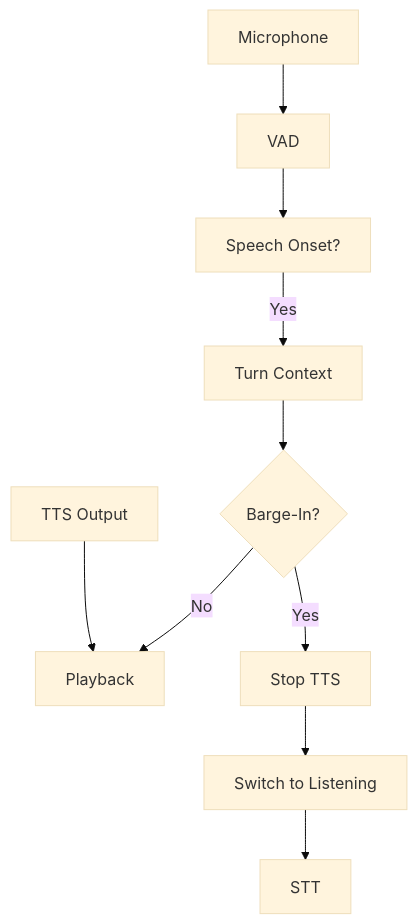
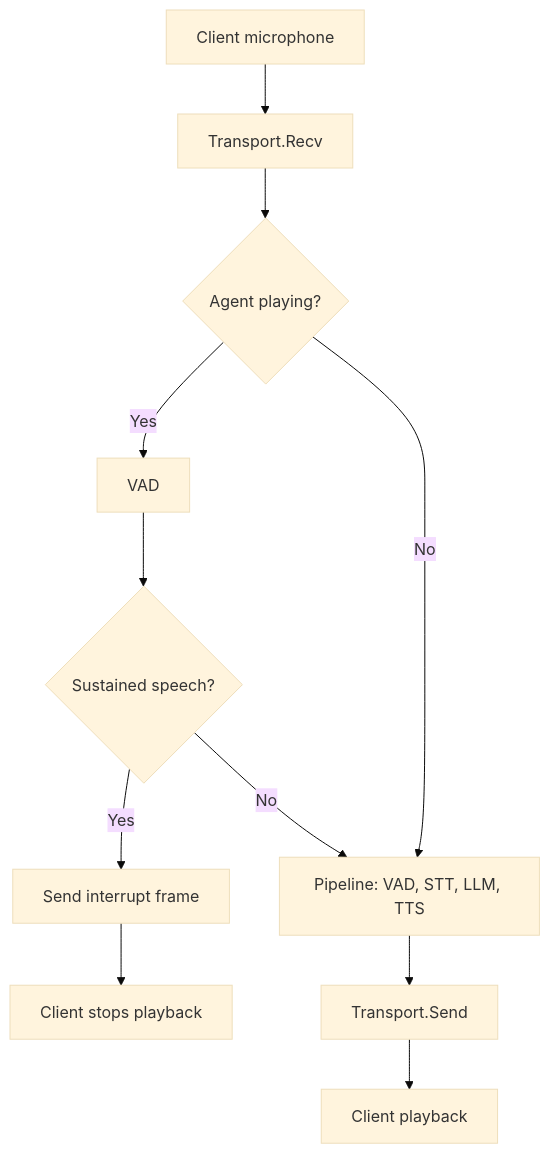
One commit to lookatitude/beluga-website changed the diagram in src/content/docs/docs/guides/capabilities/voice/barge-in-detection.md. Above: the diagram before and after it, drawn with Mermaid (base theme). The commit also changed other lines of this file and 474 other files, not shown here.

````diff
--- a/src/content/docs/docs/guides/capabilities/voice/barge-in-detection.md
+++ b/src/content/docs/docs/guides/capabilities/voice/barge-in-detection.md
@@ -19,12 +17,13 @@
 ```mermaid
 graph TB
-    Mic[Microphone] --> VAD[VAD]
-    TTS[TTS Output] --> Playback[Playback]
-    VAD --> SpeechOnset[Speech Onset?]
-    SpeechOnset -->|Yes| TurnCtx[Turn Context]
-    TurnCtx --> BargeIn{Barge-In?}
-    BargeIn -->|Yes| StopTTS[Stop TTS]
-    StopTTS --> Listen[Switch to Listening]
-    Listen --> STT[STT]
-    BargeIn -->|No| Playback
+    Mic[Client microphone] --> Recv[Transport.Recv]
+    Recv --> Check{Agent playing?}
+    Check -->|Yes| VAD[VAD]
+    VAD --> Sustained{Sustained speech?}
+    Sustained -->|Yes| Interrupt[Send interrupt frame]
+    Interrupt --> Client[Client stops playback]
+    Sustained -->|No| Pipeline
+    Check -->|No| Pipeline[Pipeline: VAD, STT, LLM, TTS]
+    Pipeline --> Send[Transport.Send]
+    Send --> Playback[Client playback]
 ```
````
